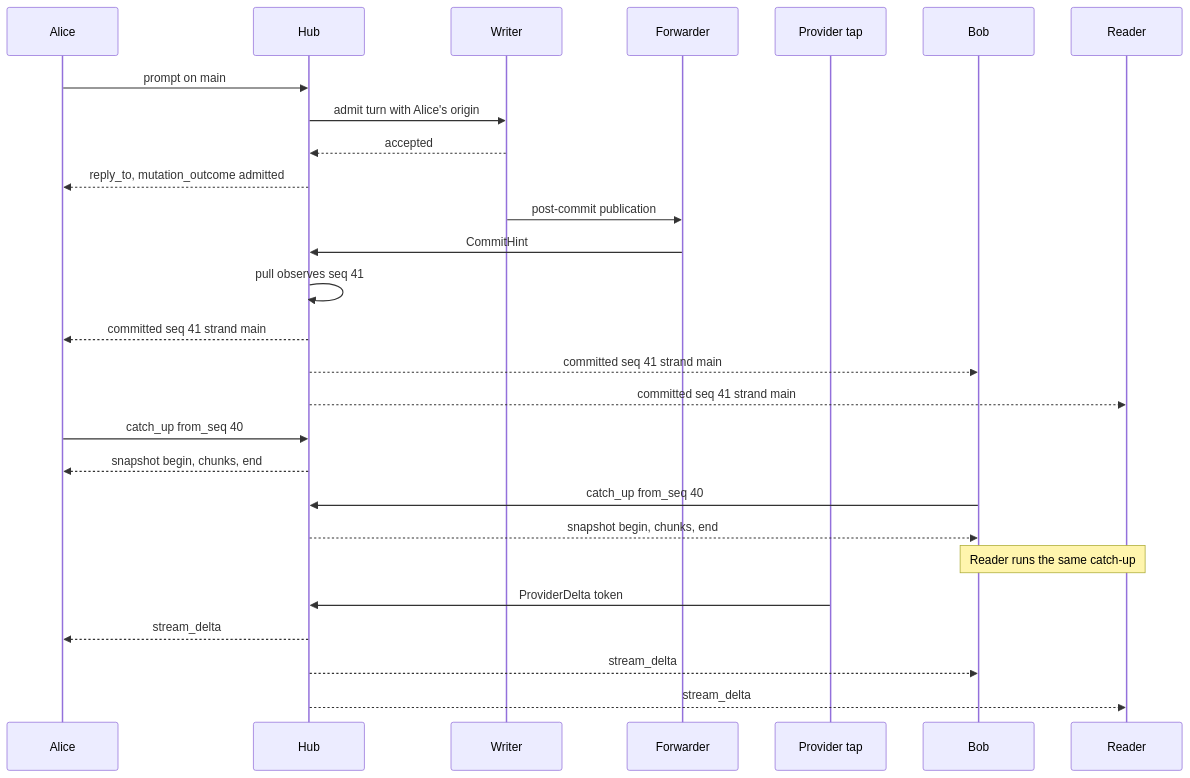
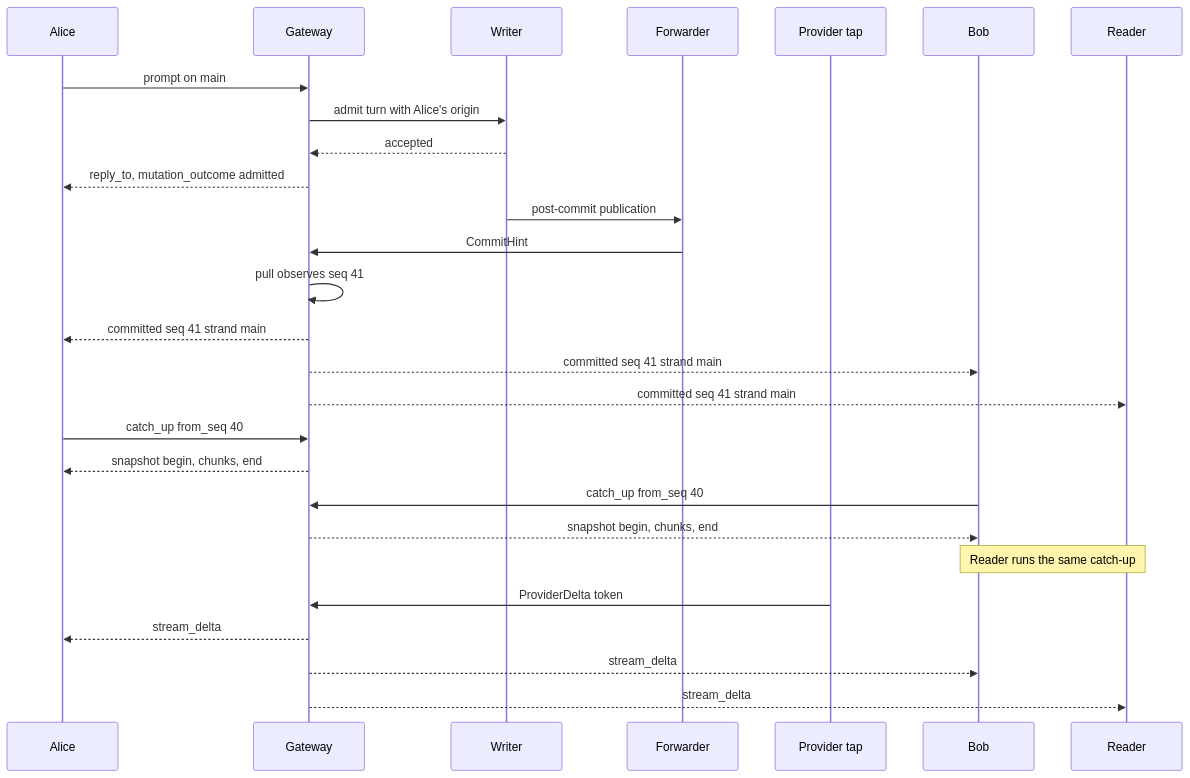
Before and after one commit to Roasbeef/loom: the first of 5 diagrams in docs/architecture/multiplayer.md, drawn with Mermaid. The commit also changed other lines of this file, not shown here.

````diff
--- a/docs/architecture/multiplayer.md
+++ b/docs/architecture/multiplayer.md
@@ -100,29 +108,29 @@
 ```mermaid
 sequenceDiagram
     participant Alice
-    participant Hub
+    participant Gateway
     participant Writer
     participant Fwd as Forwarder
     participant Prov as Provider tap
     participant Bob
     participant Reader
-    Alice->>Hub: prompt on main
-    Hub->>Writer: admit turn with Alice's origin
-    Writer-->>Hub: accepted
-    Hub-->>Alice: reply_to, mutation_outcome admitted
+    Alice->>Gateway: prompt on main
+    Gateway->>Writer: admit turn with Alice's origin
+    Writer-->>Gateway: accepted
+    Gateway-->>Alice: reply_to, mutation_outcome admitted
     Writer->>Fwd: post-commit publication
-    Fwd->>Hub: CommitHint
-    Hub->>Hub: pull observes seq 41
-    Hub-->>Alice: committed seq 41 strand main
-    Hub-->>Bob: committed seq 41 strand main
-    Hub-->>Reader: committed seq 41 strand main
-    Alice->>Hub: catch_up from_seq 40
-    Hub-->>Alice: snapshot begin, chunks, end
-    Bob->>Hub: catch_up from_seq 40
-    Hub-->>Bob: snapshot begin, chunks, end
+    Fwd->>Gateway: CommitHint
+    Gateway->>Gateway: pull observes seq 41
+    Gateway-->>Alice: committed seq 41 strand main
+    Gateway-->>Bob: committed seq 41 strand main
+    Gateway-->>Reader: committed seq 41 strand main
+    Alice->>Gateway: catch_up from_seq 40
+    Gateway-->>Alice: snapshot begin, chunks, end
+    Bob->>Gateway: catch_up from_seq 40
+    Gateway-->>Bob: snapshot begin, chunks, end
     Note over Bob,Reader: Reader runs the same catch-up
-    Prov->>Hub: ProviderDelta token
-    Hub-->>Alice: stream_delta
-    Hub-->>Bob: stream_delta
-    Hub-->>Reader: stream_delta
+    Prov->>Gateway: ProviderDelta token
+    Gateway-->>Alice: stream_delta
+    Gateway-->>Bob: stream_delta
+    Gateway-->>Reader: stream_delta
 ```
````
